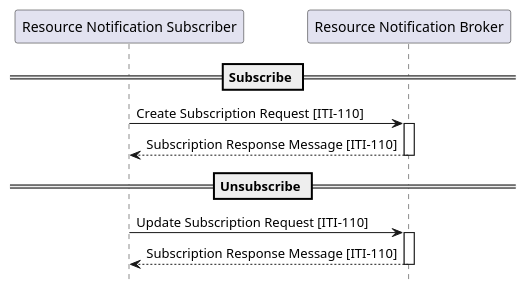
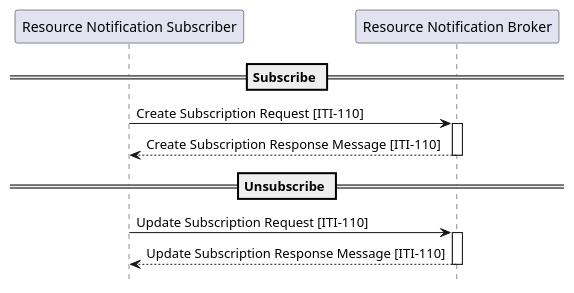
One commit to IHE/ITI.DSUBm changed the diagram in input/images-source/ITI-110-seq.plantuml. Above: the diagram before and after it, drawn with PlantUML. The commit also changed 1 other file, not shown here.

```diff
--- a/input/images-source/ITI-110-seq.plantuml
+++ b/input/images-source/ITI-110-seq.plantuml
@@ -1,31 +1,31 @@
 @startuml
 hide footbox
 participant "Resource Notification Subscriber" as  Subscriber
 participant "Resource Notification Broker" as  Broker
 
 
 == Subscribe ==
 Subscriber -> Broker : Create Subscription Request [ITI-110]
 activate Broker
 /'
 participant "Resource Notification Recipient" as  Recipient
 opt handskake HTTPS   
   Broker -> Recipient: Handshake Notification
   alt Handshake Success
   Recipient -> Broker: 200 OK 
   else Handshake Failure
   Recipient ->Broker: 404 Not Found
   end
 end
 '/
-Broker --> Subscriber : Subscription Response Message [ITI-110]
+Broker --> Subscriber : Create Subscription Response Message [ITI-110]
 deactivate Broker
 
 == Unsubscribe ==
 Subscriber -> Broker: Update Subscription Request [ITI-110]
 
 activate Broker
-Broker --> Subscriber: Subscription Response Message [ITI-110]
+Broker --> Subscriber: Update Subscription Response Message [ITI-110]
 deactivate Broker
 
 @enduml
```
